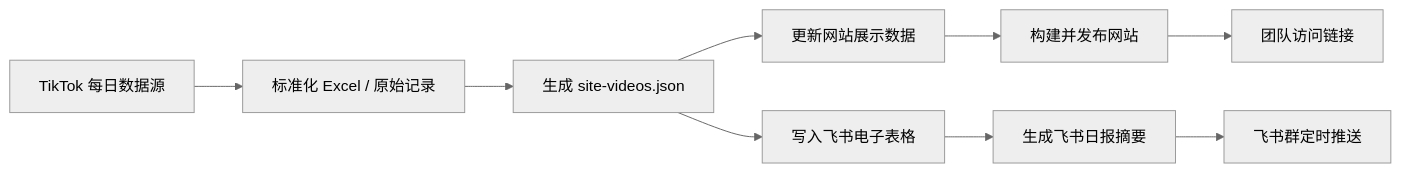
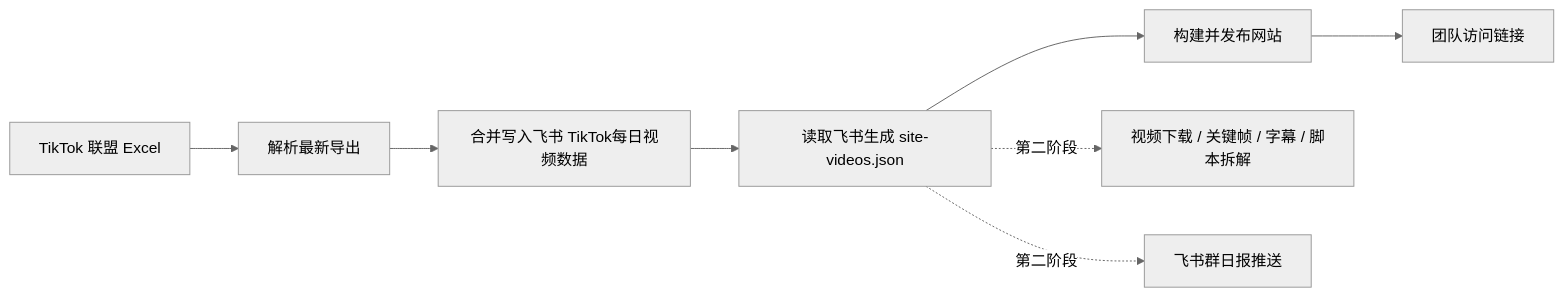
Before and after one commit to Knighty-hub-hit/tiktok-daily-video-analysis: the diagram in docs/production-workflow.md, drawn with Mermaid (neutral theme). The commit also changed other lines of this file and 7 other files, not shown here.

Commit message:
Automate TikTok report sync to Feishu

````diff
--- a/docs/production-workflow.md
+++ b/docs/production-workflow.md
@@ -20,11 +21,10 @@
 ```mermaid
 flowchart LR
-  A["TikTok 每日数据源"] --> B["标准化 Excel / 原始记录"]
-  B --> C["生成 site-videos.json"]
-  C --> D["更新网站展示数据"]
-  C --> E["写入飞书电子表格"]
-  D --> F["构建并发布网站"]
-  E --> G["生成飞书日报摘要"]
-  F --> H["团队访问链接"]
-  G --> I["飞书群定时推送"]
+  A["TikTok 联盟 Excel"] --> B["解析最新导出"]
+  B --> C["合并写入飞书 TikTok每日视频数据"]
+  C --> D["读取飞书生成 site-videos.json"]
+  D --> E["构建并发布网站"]
+  E --> F["团队访问链接"]
+  D -. "第二阶段" .-> G["视频下载 / 关键帧 / 字幕 / 脚本拆解"]
+  D -. "第二阶段" .-> H["飞书群日报推送"]
 ```
````
